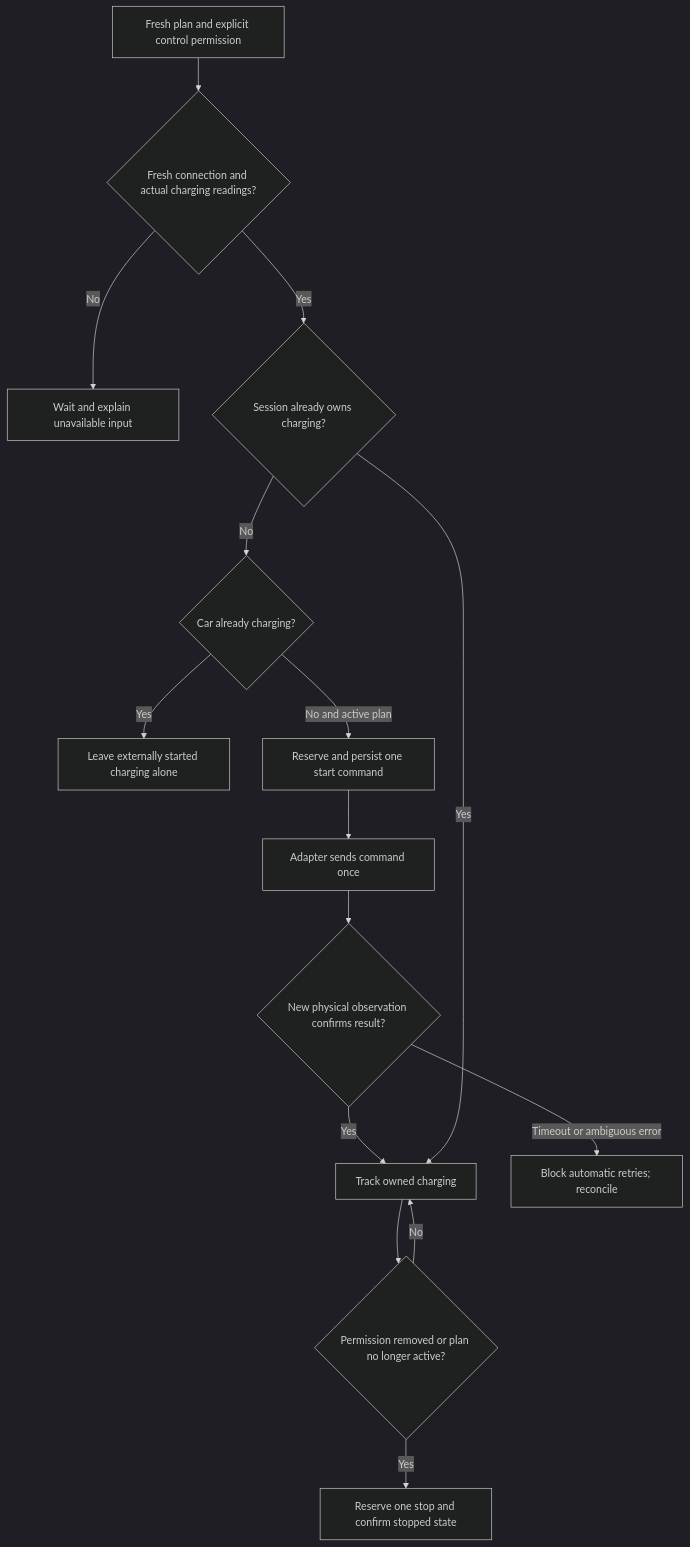
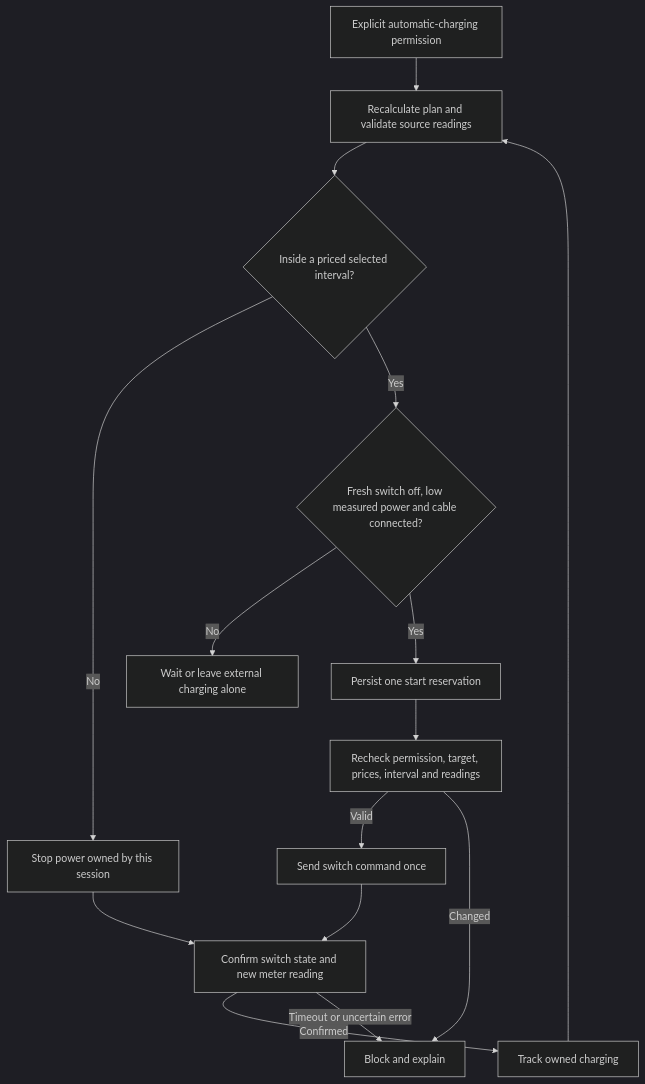
The diagram in docs/ev-control.md (stevesherry123/load-optimizer-home-assistant), drawn with Mermaid (dark theme) before and after one commit. The commit also changed other lines of this file and 20 other files, not shown here.

Commit message:
Wire optional metered EV switch control and combined forecast sources

````diff
--- a/docs/ev-control.md
+++ b/docs/ev-control.md
@@ -15,17 +47,17 @@
 ```mermaid
 flowchart TD
-    P[Fresh plan and explicit control permission] --> V{Fresh connection and actual charging readings?}
-    V -- No --> W[Wait and explain unavailable input]
-    V -- Yes --> O{Session already owns charging?}
-    O -- No --> E{Car already charging?}
-    E -- Yes --> M[Leave externally started charging alone]
-    E -- No and active plan --> R[Reserve and persist one start command]
-    R --> A[Adapter sends command once]
-    A --> C{New physical observation confirms result?}
-    C -- Yes --> T[Track owned charging]
-    C -- Timeout or ambiguous error --> B[Block automatic retries; reconcile]
-    O -- Yes --> T
-    T --> S{Permission removed or plan no longer active?}
-    S -- Yes --> X[Reserve one stop and confirm stopped state]
-    S -- No --> T
+    P[Explicit automatic-charging permission] --> V[Recalculate plan and validate source readings]
+    V --> I{Inside a priced selected interval?}
+    I -- No --> S[Stop power owned by this session]
+    I -- Yes --> E{Fresh switch off, low measured power and cable connected?}
+    E -- No --> W[Wait or leave external charging alone]
+    E -- Yes --> R[Persist one start reservation]
+    R --> F[Recheck permission, target, prices, interval and readings]
+    F -- Valid --> A[Send switch command once]
+    F -- Changed --> B[Block and explain]
+    A --> C[Confirm switch state and new meter reading]
+    C -- Confirmed --> T[Track owned charging]
+    C -- Timeout or uncertain error --> B
+    T --> V
+    S --> C
 ```
````
